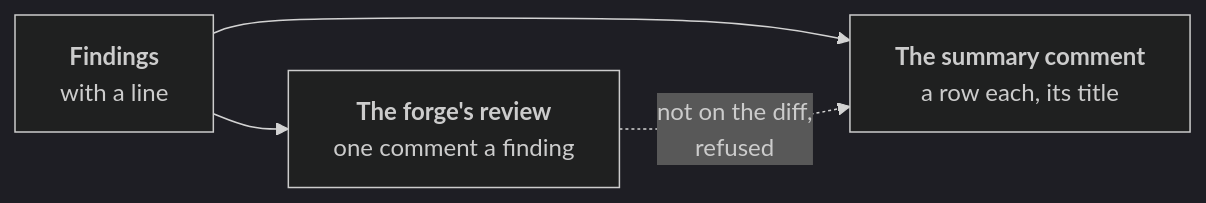
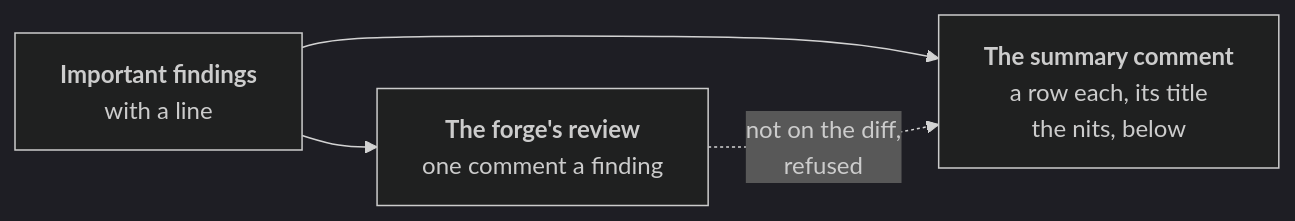
Before and after one commit to JN0V/workline: the diagram in roles/reviewer/docs/lines.md, drawn with Mermaid (dark theme). The commit also changed other lines of this file and 17 other files, not shown here.

Commit message:
feat(reviewer): show nits in the summary, asking nothing (#613)

````diff
--- a/roles/reviewer/docs/lines.md
+++ b/roles/reviewer/docs/lines.md
@@ -14,6 +16,6 @@
 ```mermaid
 flowchart LR
-  found["<b>Findings</b><br/>with a line"] --> review["<b>The forge's review</b><br/>one comment a finding"]
-  found --> summary["<b>The summary comment</b><br/>a row each, its title"]
+  found["<b>Important findings</b><br/>with a line"] --> review["<b>The forge's review</b><br/>one comment a finding"]
+  found --> summary["<b>The summary comment</b><br/>a row each, its title<br/>the nits, below"]
   review -. "not on the diff,<br/>refused" .-> summary
 ```
````
